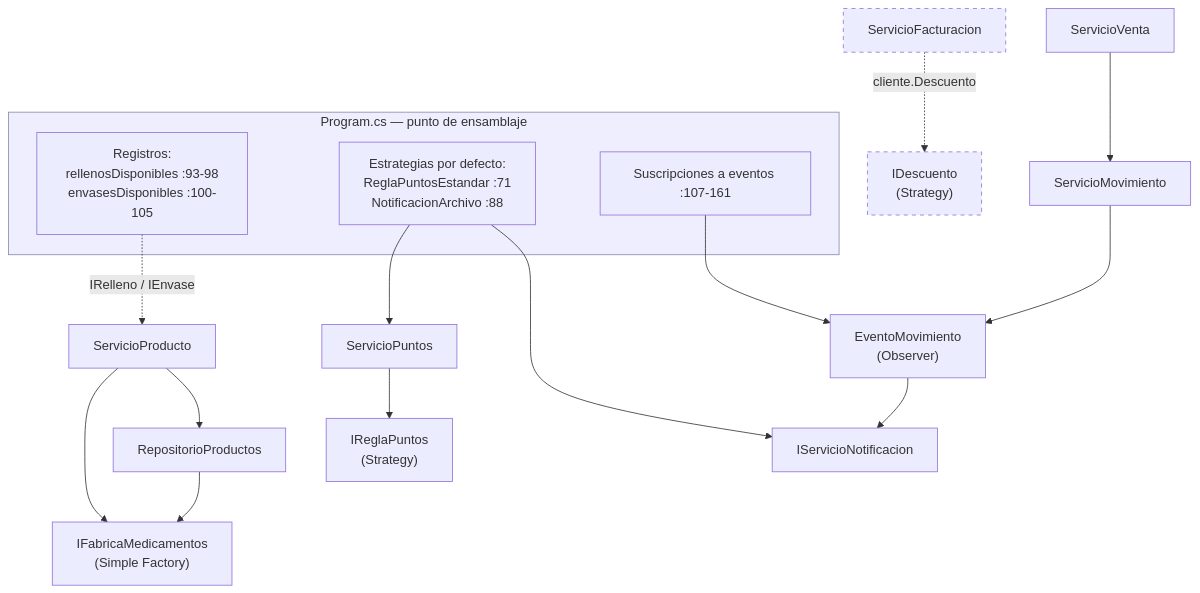
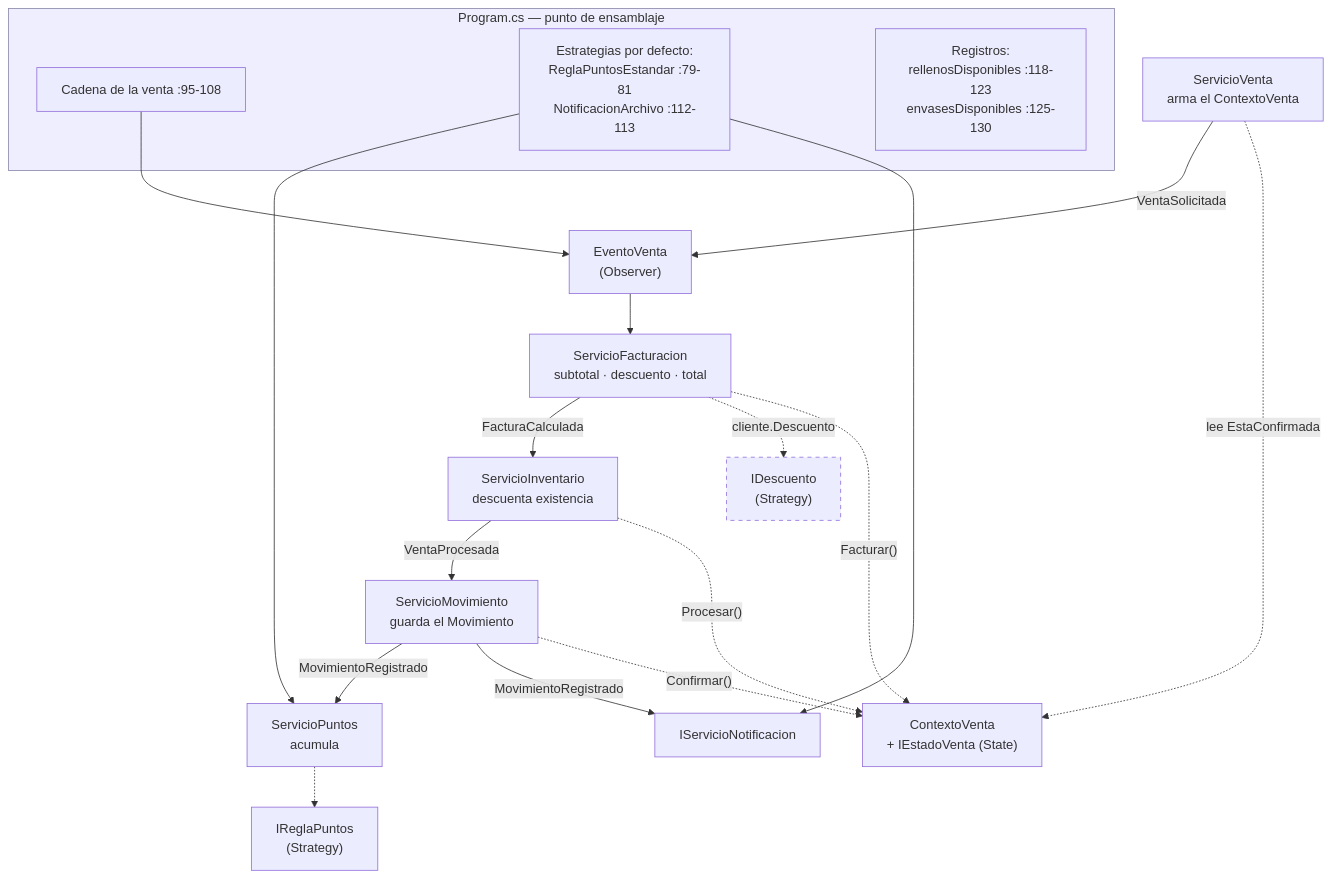
One commit to Camilo-Ardila/RetoFarmacia-Patrones changed the diagram in 06-vistas/Reto2-Actividad6-Vista-Equipo-Desarrollo.md. Above: the diagram before and after it, drawn with Mermaid. The commit also changed other lines of this file and 2 other files, not shown here.

````diff
--- a/06-vistas/Reto2-Actividad6-Vista-Equipo-Desarrollo.md
+++ b/06-vistas/Reto2-Actividad6-Vista-Equipo-Desarrollo.md
@@ -41,37 +44,40 @@
 ```mermaid
 flowchart TB
     subgraph ROOT["Program.cs — punto de ensamblaje"]
-        REG["Registros:<br/>rellenosDisponibles :93-98<br/>envasesDisponibles :100-105"]
-        CFG["Estrategias por defecto:<br/>ReglaPuntosEstandar :71<br/>NotificacionArchivo :88"]
-        SUB["Suscripciones a eventos :107-161"]
+        CAD["Cadena de la venta :95-108"]
+        CFG["Estrategias por defecto:<br/>ReglaPuntosEstandar :79-81<br/>NotificacionArchivo :112-113"]
+        REG["Registros:<br/>rellenosDisponibles :118-123<br/>envasesDisponibles :125-130"]
     end
 
-    FAB["IFabricaMedicamentos<br/>(Simple Factory)"]
-    REPO["RepositorioProductos"]
-    SPROD["ServicioProducto"]
-    SPUNTOS["ServicioPuntos"]
+    SVENTA["ServicioVenta<br/>arma el ContextoVenta"]
+    EV["EventoVenta<br/>(Observer)"]
+    SFACT["ServicioFacturacion<br/>subtotal · descuento · total"]
+    SINV["ServicioInventario<br/>descuenta existencia"]
+    SMOV["ServicioMovimiento<br/>guarda el Movimiento"]
+    SPUNTOS["ServicioPuntos<br/>acumula"]
+    CANAL["IServicioNotificacion"]
+    CTX["ContextoVenta<br/>+ IEstadoVenta (State)"]
+    DESC["IDescuento<br/>(Strategy)"]
     RPUNTOS["IReglaPuntos<br/>(Strategy)"]
-    SVENTA["ServicioVenta"]
-    SMOV["ServicioMovimiento"]
-    EV["EventoMovimiento<br/>(Observer)"]
-    CANAL["IServicioNotificacion"]
-    SFACT["ServicioFacturacion"]
-    DESC["IDescuento<br/>(Strategy)"]
 
-    REG -.->|"IRelleno / IEnvase"| SPROD
+    SVENTA -->|"VentaSolicitada"| EV
+    EV --> SFACT
+    SFACT -->|"FacturaCalculada"| SINV
+    SINV -->|"VentaProcesada"| SMOV
+    SMOV -->|"MovimientoRegistrado"| SPUNTOS
+    SMOV -->|"MovimientoRegistrado"| CANAL
+
+    SFACT -.->|"cliente.Descuento"| DESC
+    SPUNTOS -.-> RPUNTOS
+    SFACT -.->|"Facturar()"| CTX
+    SINV -.->|"Procesar()"| CTX
+    SMOV -.->|"Confirmar()"| CTX
+    SVENTA -.->|"lee EstaConfirmada"| CTX
+
+    CAD --> EV
     CFG --> SPUNTOS
     CFG --> CANAL
-    SPROD --> FAB
-    REPO --> FAB
-    SPROD --> REPO
-    SPUNTOS --> RPUNTOS
-    SVENTA --> SMOV
-    SMOV --> EV
-    SUB --> EV
-    EV --> CANAL
-    SFACT -.->|"cliente.Descuento"| DESC
 
     style ROOT fill:#eef,stroke:#88a
-    style SFACT stroke-dasharray: 5 5
     style DESC stroke-dasharray: 5 5
 ```
````
